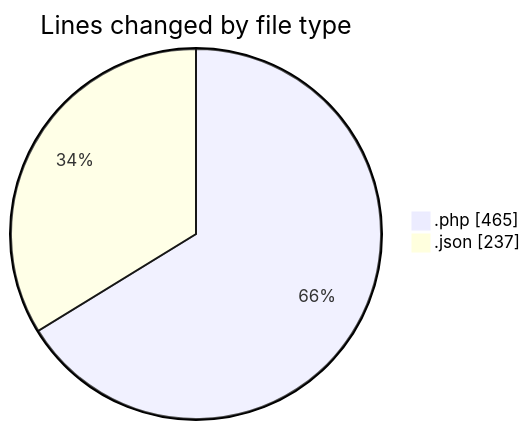
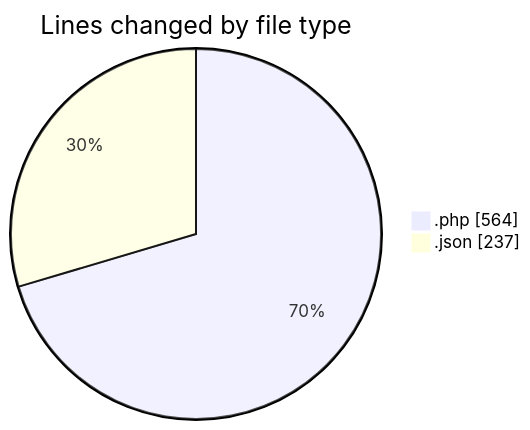
One commit to idhammustaqopulfikri/code-tracking changed the first of 2 diagrams in 2025-06-13/studio-backend/README.md. Above: the diagram before and after it, drawn with Mermaid. The commit also changed other lines of this file and 1 other file, not shown here.

````diff
--- a/2025-06-13/studio-backend/README.md
+++ b/2025-06-13/studio-backend/README.md
@@ -27,6 +28,6 @@
 ```mermaid
 pie showData
 title Lines changed by file type
-".php" : 465
+".php" : 564
 ".json" : 237
 ```
````
